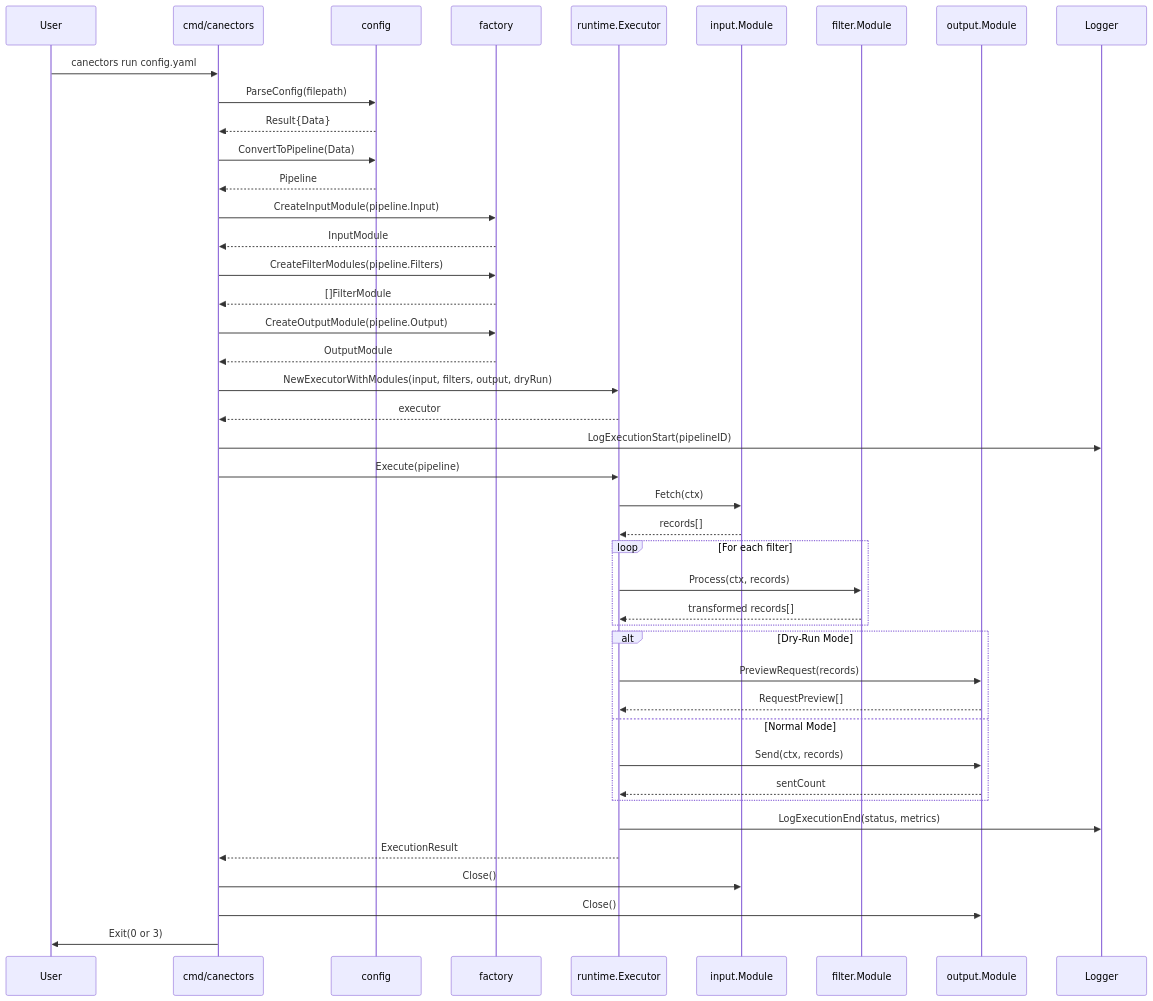
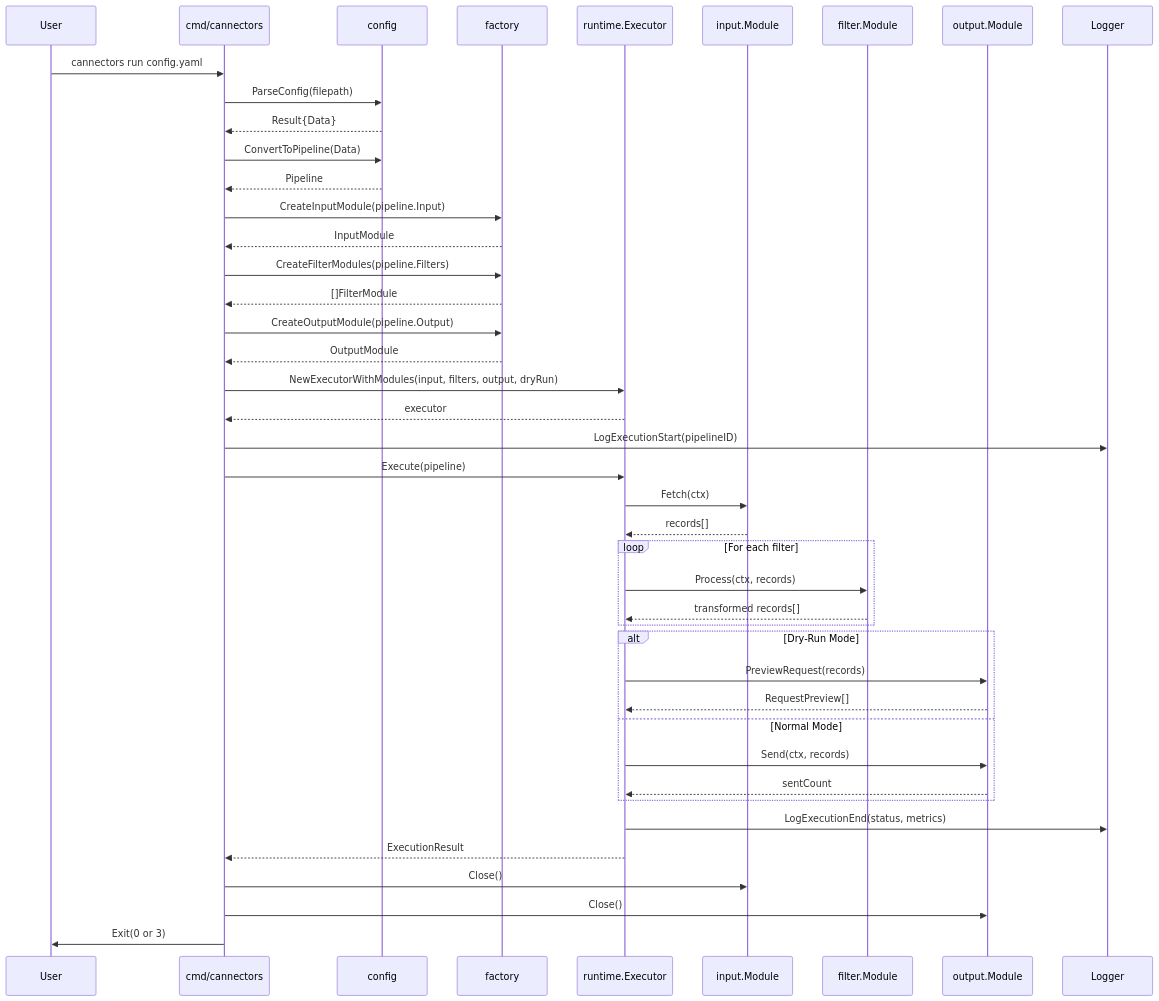
One commit to AlexandreCano/canectors-runtime changed the second of 3 diagrams in docs/EXECUTION_FLOW.md. Above: the diagram before and after it, drawn with Mermaid. The commit also changed other lines of this file and 160 other files, not shown here.

````diff
--- a/docs/EXECUTION_FLOW.md
+++ b/docs/EXECUTION_FLOW.md
@@ -183,60 +183,60 @@
 ```mermaid
 sequenceDiagram
     participant User
-    participant CLI as cmd/canectors
+    participant CLI as cmd/cannectors
     participant Config as config
     participant Factory as factory
     participant Executor as runtime.Executor
     participant Input as input.Module
     participant Filter as filter.Module
     participant Output as output.Module
     participant Logger
 
-    User->>CLI: canectors run config.yaml
+    User->>CLI: cannectors run config.yaml
 
     %% Phase 1: Configuration
     CLI->>Config: ParseConfig(filepath)
     Config-->>CLI: Result{Data}
     CLI->>Config: ConvertToPipeline(Data)
     Config-->>CLI: Pipeline
 
     %% Phase 2: Module Creation
     CLI->>Factory: CreateInputModule(pipeline.Input)
     Factory-->>CLI: InputModule
     CLI->>Factory: CreateFilterModules(pipeline.Filters)
     Factory-->>CLI: []FilterModule
     CLI->>Factory: CreateOutputModule(pipeline.Output)
     Factory-->>CLI: OutputModule
 
     %% Phase 3: Executor Creation
     CLI->>Executor: NewExecutorWithModules(input, filters, output, dryRun)
     Executor-->>CLI: executor
 
     %% Phase 4: Execution
     CLI->>Logger: LogExecutionStart(pipelineID)
     CLI->>Executor: Execute(pipeline)
 
     Executor->>Input: Fetch(ctx)
     Input-->>Executor: records[]
 
     loop For each filter
         Executor->>Filter: Process(ctx, records)
         Filter-->>Executor: transformed records[]
     end
 
     alt Dry-Run Mode
         Executor->>Output: PreviewRequest(records)
         Output-->>Executor: RequestPreview[]
     else Normal Mode
         Executor->>Output: Send(ctx, records)
         Output-->>Executor: sentCount
     end
 
     Executor->>Logger: LogExecutionEnd(status, metrics)
     Executor-->>CLI: ExecutionResult
 
     %% Phase 5: Cleanup
     CLI->>Input: Close()
     CLI->>Output: Close()
     CLI->>User: Exit(0 or 3)
 ```
````
